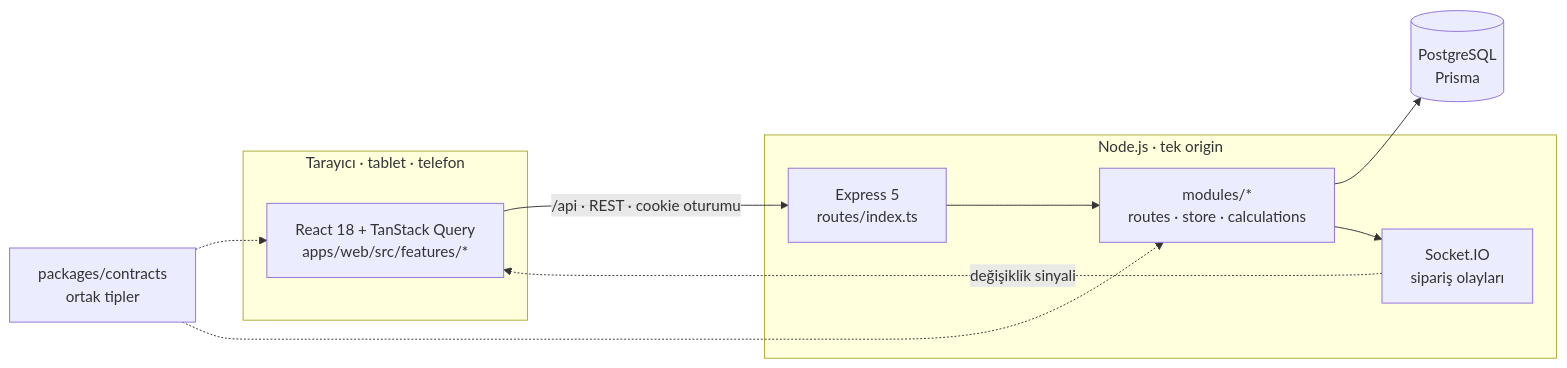
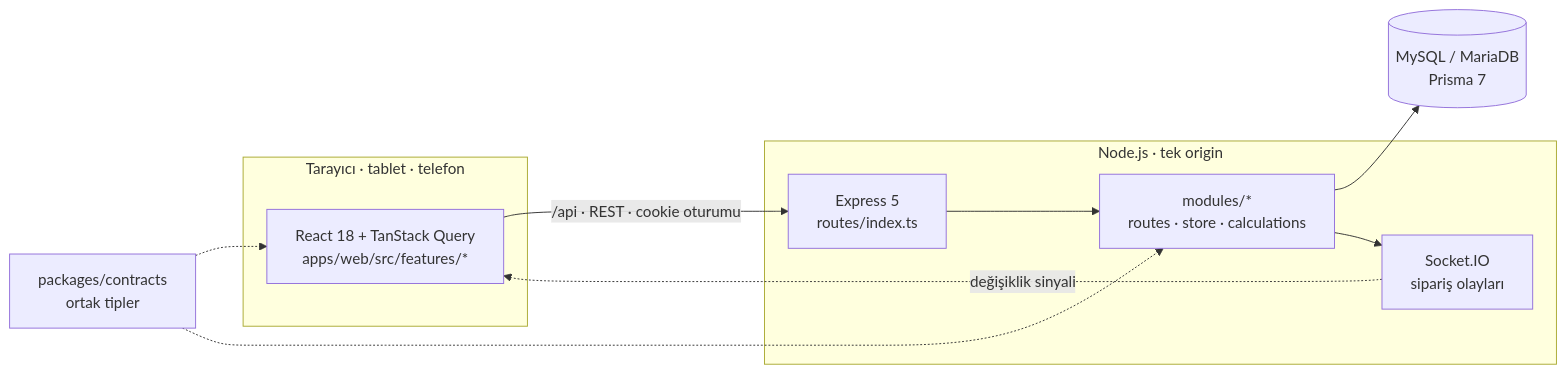
The diagram in README.md (salih12s/KafeAdisyonSistemi), drawn with Mermaid before and after one commit. The commit also changed other lines of this file and 72 other files, not shown here.

````diff
--- a/README.md
+++ b/README.md
@@ -206,20 +212,20 @@
 ```mermaid
 flowchart LR
   subgraph Client["Tarayıcı · tablet · telefon"]
     UI["React 18 + TanStack Query<br/>apps/web/src/features/*"]
   end
   subgraph Server["Node.js · tek origin"]
     API["Express 5<br/>routes/index.ts"]
     MOD["modules/*<br/>routes · store · calculations"]
     RT["Socket.IO<br/>sipariş olayları"]
   end
-  DB[("PostgreSQL<br/>Prisma")]
+  DB[("MySQL / MariaDB<br/>Prisma 7")]
   C["packages/contracts<br/>ortak tipler"]
   UI -->|"/api · REST · cookie oturumu"| API
   API --> MOD
   MOD --> DB
   MOD --> RT
   RT -.->|değişiklik sinyali| UI
   C -.-> UI
   C -.-> MOD
 ```
````
